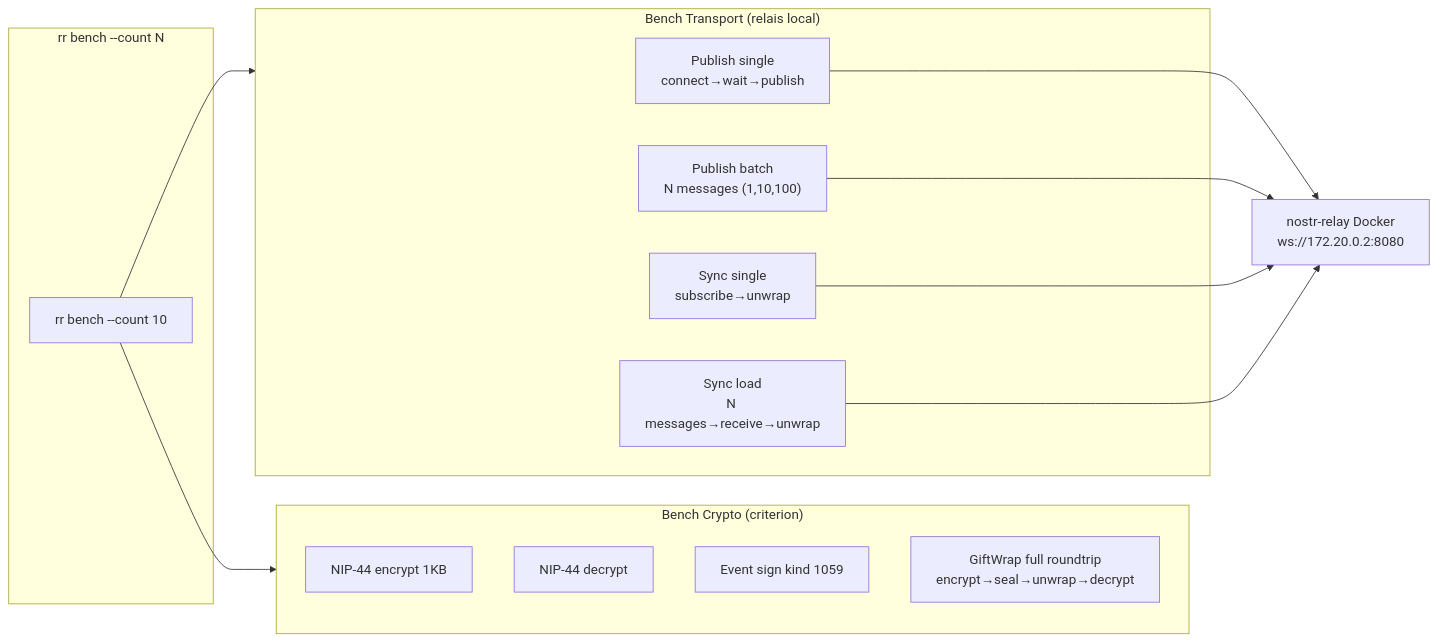
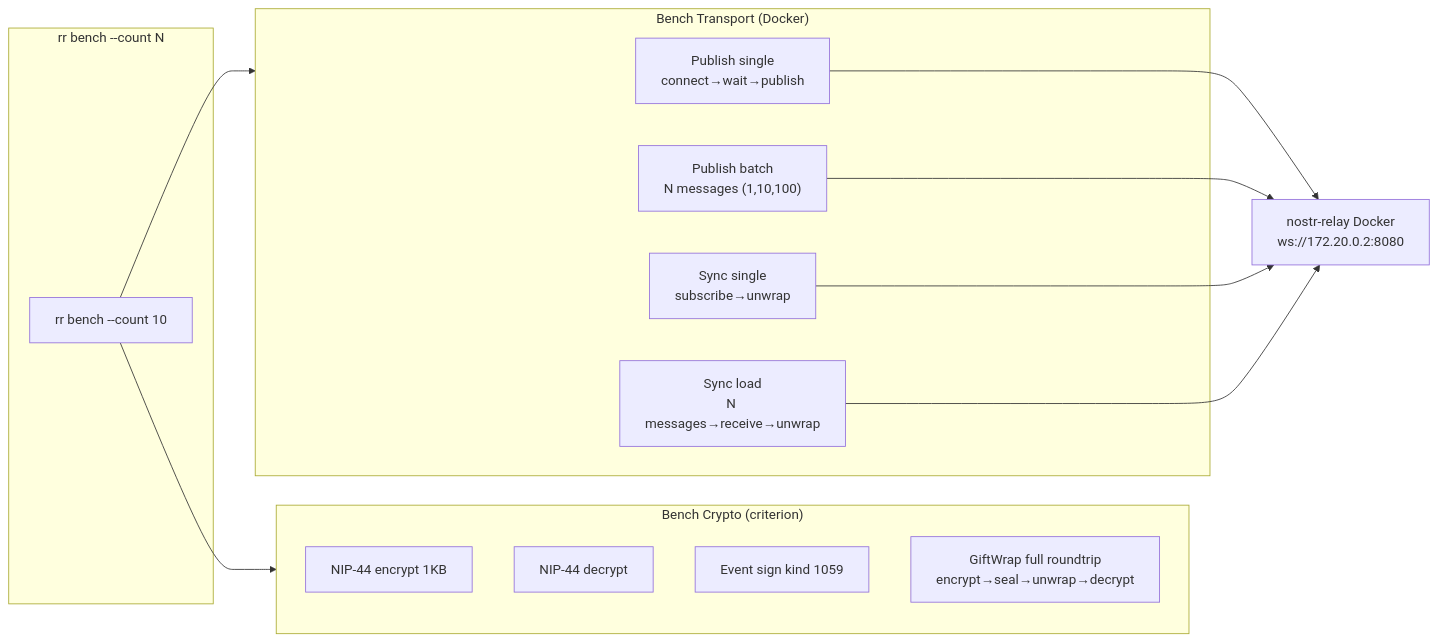
The eighth of 13 diagrams in docs/ARCHITECTURE.md (giak/reseau-racine), drawn with Mermaid before and after one commit. The commit also changed other lines of this file, not shown here.

Commit message:
docs: full ARCHITECTURE.md — all epics, CI, devcontainer, fuzz, identity lifecycle

````diff
--- a/docs/ARCHITECTURE.md
+++ b/docs/ARCHITECTURE.md
@@ -102,28 +254,28 @@
 ```mermaid
 flowchart LR
-    subgraph Crypto_Bench["Bench Crypto (criterion)"]
+    subgraph CRYPTO_BENCH["Bench Crypto (criterion)"]
         ENC["NIP-44 encrypt 1KB"]
         DEC["NIP-44 decrypt"]
         SIGN["Event sign kind 1059"]
         GW["GiftWrap full roundtrip<br/>encrypt→seal→unwrap→decrypt"]
     end
 
-    subgraph Transport_Bench["Bench Transport (relais local)"]
+    subgraph TRANSPORT_BENCH["Bench Transport (Docker)"]
         PUB1["Publish single<br/>connect→wait→publish"]
         PUBN["Publish batch<br/>N messages (1,10,100)"]
         SYNC1["Sync single<br/>subscribe→unwrap"]
         SYNCN["Sync load<br/>N messages→receive→unwrap"]
     end
 
-    subgraph RUN["rr bench --count N"]
-        CLI_RUN["rr bench --count 10"]
+    subgraph CLI_RUN["rr bench --count N"]
+        CLI_CMD["rr bench --count 10"]
     end
 
-    CLI_RUN --> Crypto_Bench
-    CLI_RUN --> Transport_Bench
+    CLI_CMD --> CRYPTO_BENCH
+    CLI_CMD --> TRANSPORT_BENCH
 
     PUB1 --> RELAY["nostr-relay Docker<br/>ws://172.20.0.2:8080"]
     PUBN --> RELAY
     SYNC1 --> RELAY
     SYNCN --> RELAY
 ```
````
